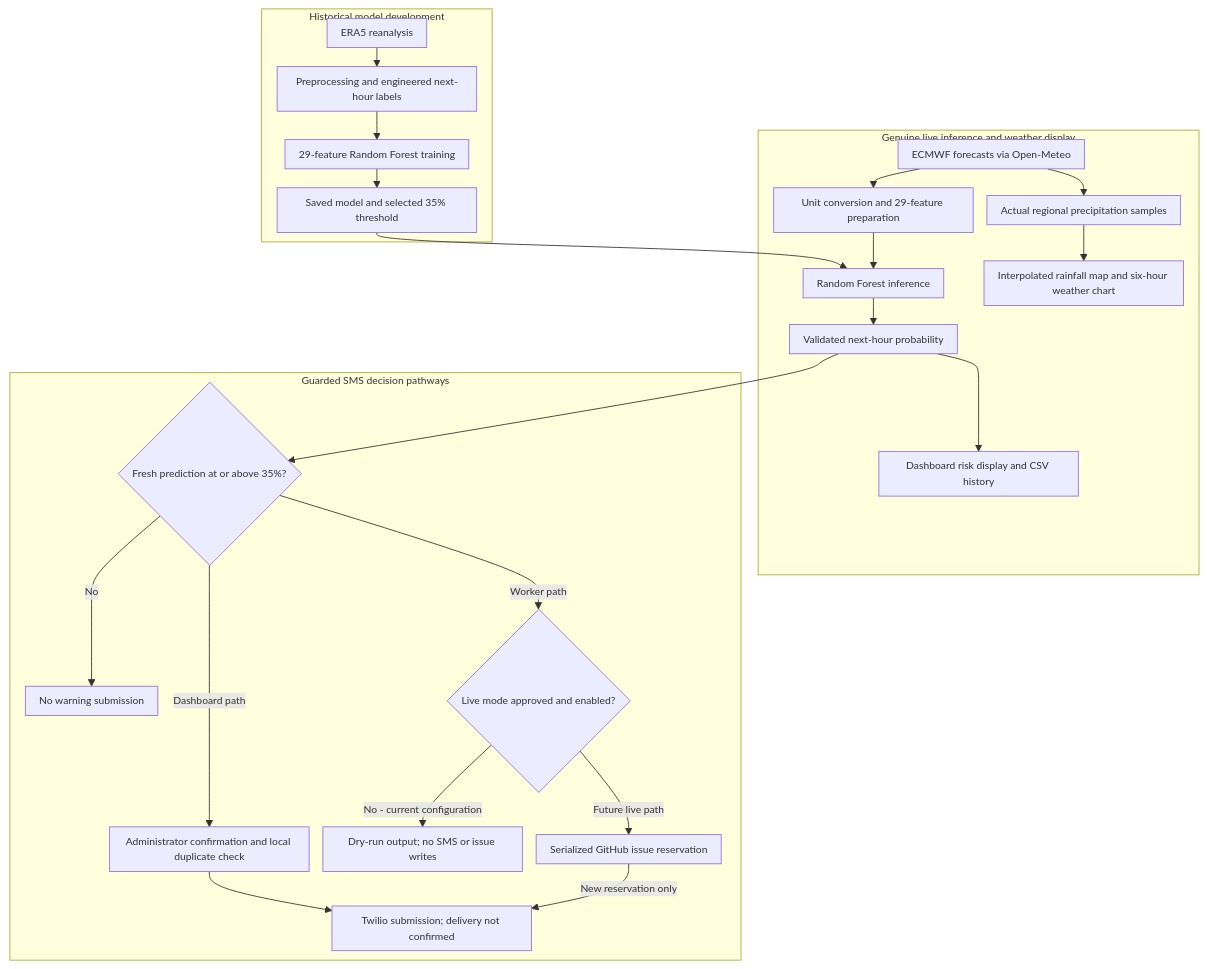
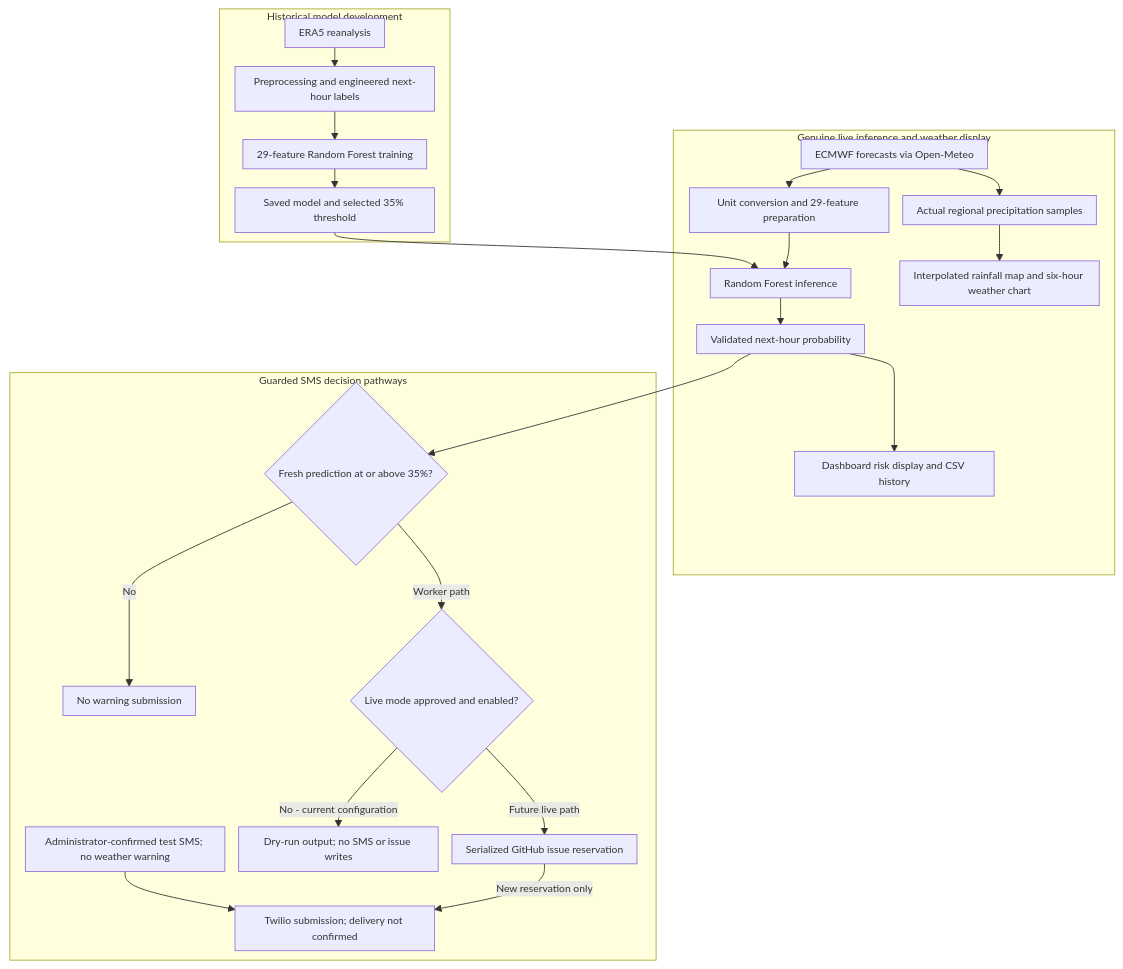
Before and after one commit to mdvar2/matatiele-storm-early-warning-system: the diagram in README.md, drawn with Mermaid. The commit also changed other lines of this file and 10 other files, not shown here.

````diff
--- a/README.md
+++ b/README.md
@@ -54,30 +54,29 @@
 ```mermaid
 %%{init: {"themeVariables": {"fontSize": "12px"}, "flowchart": {"nodeSpacing": 16, "rankSpacing": 22, "padding": 8, "diagramPadding": 8, "useMaxWidth": true}}}%%
 flowchart TB
     subgraph Training["Historical model development"]
         ERA5["ERA5 reanalysis"] --> PREP["Preprocessing and engineered next-hour labels"]
         PREP --> TRAIN["29-feature Random Forest training"]
         TRAIN --> MODEL["Saved model and selected 35% threshold"]
     end
 
     subgraph Inference["Genuine live inference and weather display"]
         ECMWF["ECMWF forecasts via Open-Meteo"] --> INPUT["Unit conversion and 29-feature preparation"]
         MODEL --> RF["Random Forest inference"]
         INPUT --> RF
         RF --> RESULT["Validated next-hour probability"]
         RESULT --> DASH["Dashboard risk display and CSV history"]
         ECMWF --> REGIONAL["Actual regional precipitation samples"]
         REGIONAL --> MAP["Interpolated rainfall map and six-hour weather chart"]
     end
 
     subgraph Notifications["Guarded SMS decision pathways"]
         RESULT --> WARN{"Fresh prediction at or above 35%?"}
         WARN -->|No| NONE["No warning submission"]
-        WARN -->|Dashboard path| ADMIN["Administrator confirmation and local duplicate check"]
-        ADMIN --> TWILIO["Twilio submission; delivery not confirmed"]
+        ADMIN["Administrator-confirmed test SMS; no weather warning"] --> TWILIO["Twilio submission; delivery not confirmed"]
         WARN -->|Worker path| MODE{"Live mode approved and enabled?"}
         MODE -->|"No - current configuration"| DRY["Dry-run output; no SMS or issue writes"]
         MODE -->|"Future live path"| LEDGER["Serialized GitHub issue reservation"]
         LEDGER -->|"New reservation only"| TWILIO
     end
 ```
````
